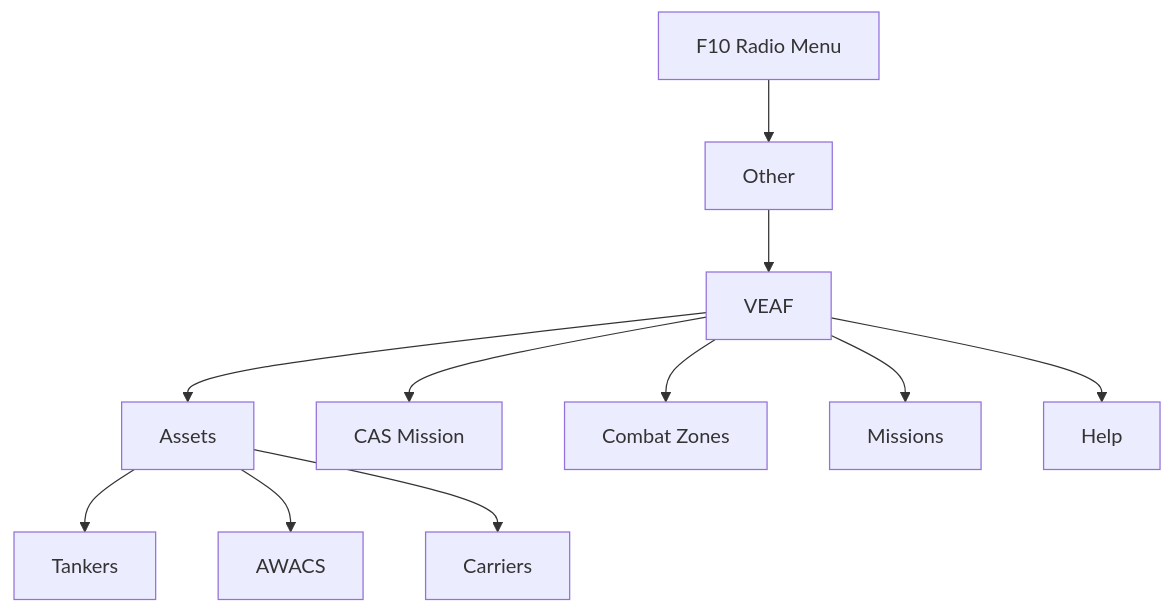
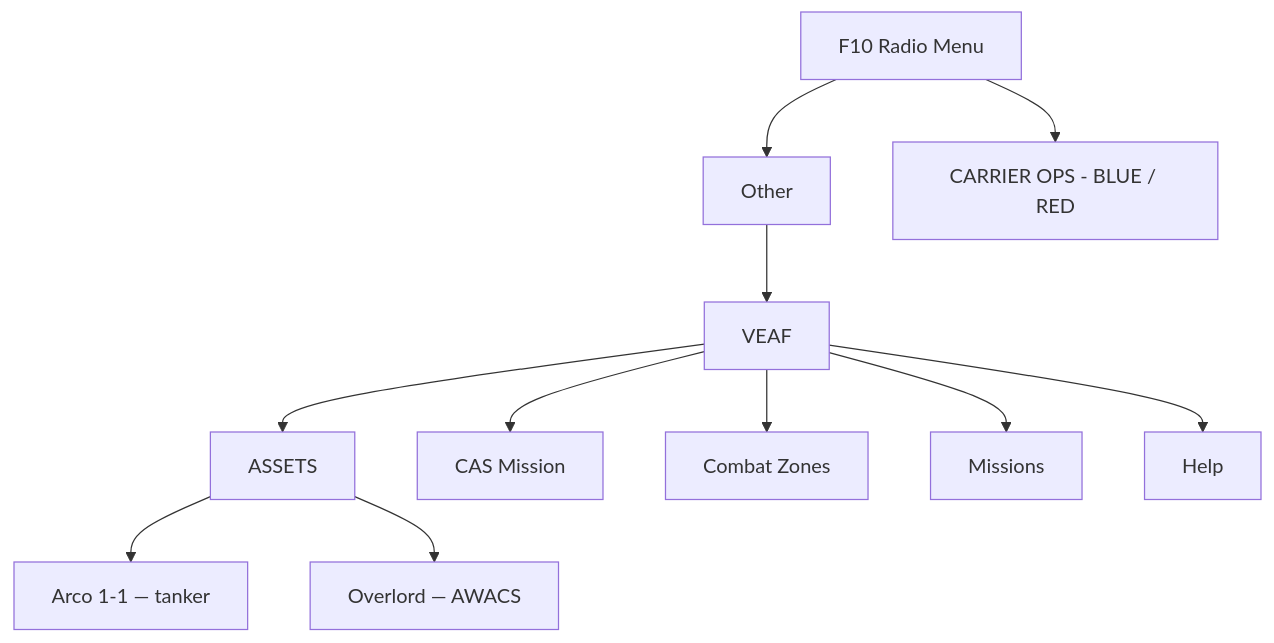
One commit to VEAF/VEAF-Mission-Creation-Tools changed the diagram in doc/pilot/GUIDE.en.md. Above: the diagram before and after it, drawn with Mermaid. The commit also changed other lines of this file and 17 other files, not shown here.

````diff
--- a/doc/pilot/GUIDE.en.md
+++ b/doc/pilot/GUIDE.en.md
@@ -52,12 +52,12 @@
 ```mermaid
 graph TD
     F10[F10 Radio Menu] --> Other[Other] --> VEAF[VEAF]
-    VEAF --> Res[Assets]
+    VEAF --> Res[ASSETS]
     VEAF --> CAS[CAS Mission]
     VEAF --> CZ[Combat Zones]
     VEAF --> Miss[Missions]
     VEAF --> Help[Help]
-    Res --> Tank[Tankers]
-    Res --> AWACS[AWACS]
-    Res --> Carrier[Carriers]
+    Res --> A1["Arco 1-1 — tanker"]
+    Res --> A2["Overlord — AWACS"]
+    F10 --> Carrier["CARRIER OPS - BLUE / RED"]
 ```
````
